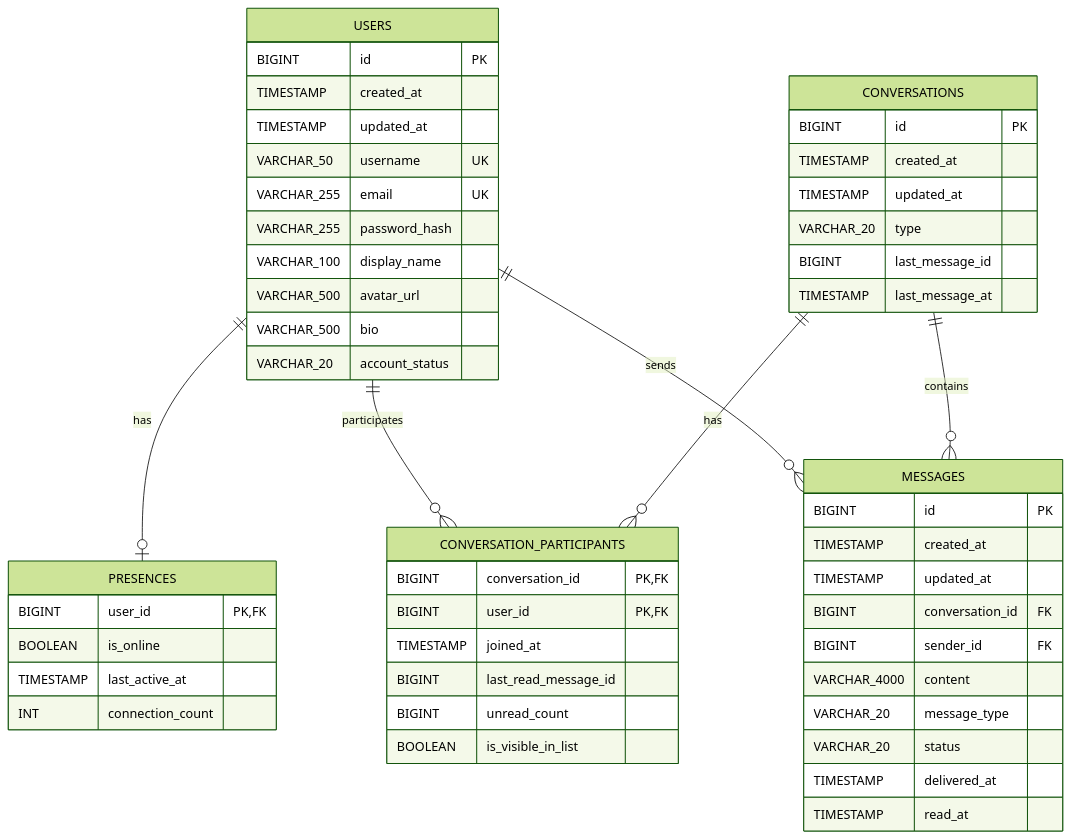
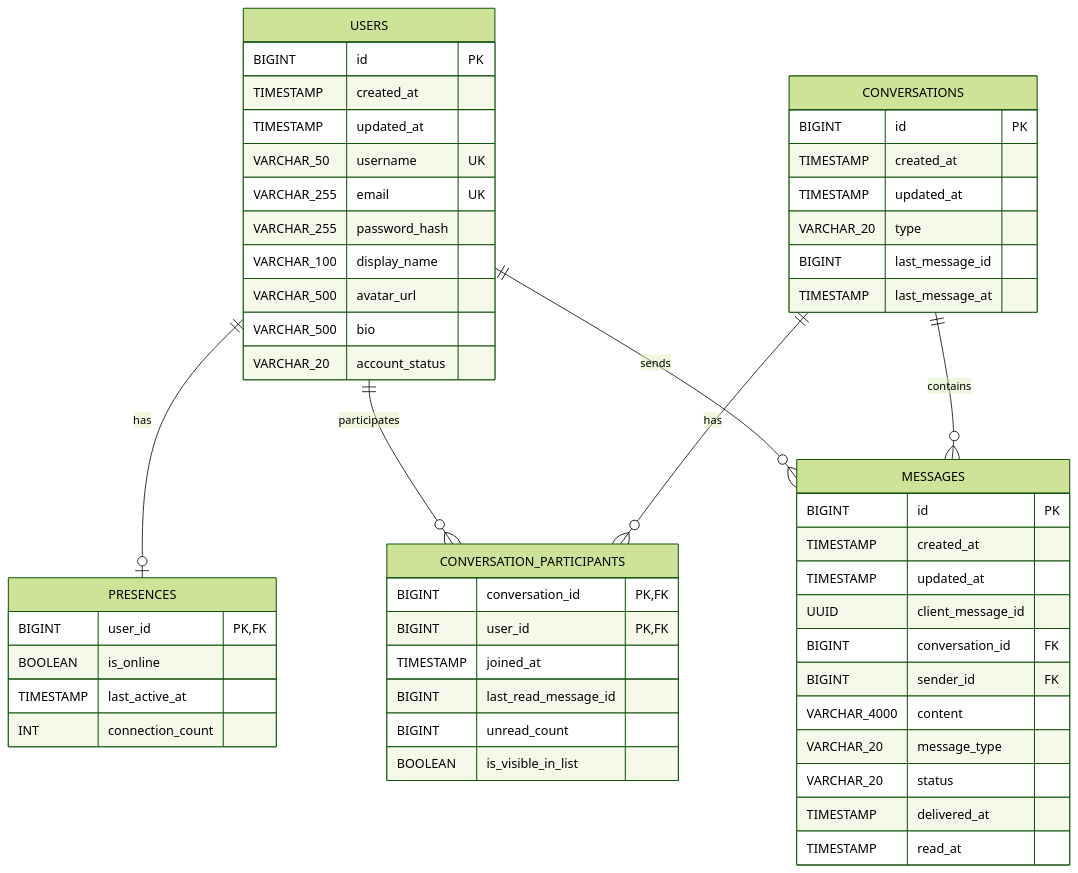
The diagram in backend/docs/database-erd.md (hcyk268/pulse-chat), drawn with Mermaid (forest theme) before and after one commit. The commit also changed other lines of this file and 34 other files, not shown here.

````diff
--- a/backend/docs/database-erd.md
+++ b/backend/docs/database-erd.md
@@ -5,59 +5,60 @@
 ```mermaid
 erDiagram
     USERS {
         BIGINT id PK
         TIMESTAMP created_at
         TIMESTAMP updated_at
         VARCHAR_50 username UK
         VARCHAR_255 email UK
         VARCHAR_255 password_hash
         VARCHAR_100 display_name
         VARCHAR_500 avatar_url
         VARCHAR_500 bio
         VARCHAR_20 account_status
     }
 
     PRESENCES {
         BIGINT user_id PK,FK
         BOOLEAN is_online
         TIMESTAMP last_active_at
         INT connection_count
     }
 
     CONVERSATIONS {
         BIGINT id PK
         TIMESTAMP created_at
         TIMESTAMP updated_at
         VARCHAR_20 type
         BIGINT last_message_id
         TIMESTAMP last_message_at
     }
 
     CONVERSATION_PARTICIPANTS {
         BIGINT conversation_id PK,FK
         BIGINT user_id PK,FK
         TIMESTAMP joined_at
         BIGINT last_read_message_id
         BIGINT unread_count
         BOOLEAN is_visible_in_list
     }
 
     MESSAGES {
         BIGINT id PK
         TIMESTAMP created_at
         TIMESTAMP updated_at
+        UUID client_message_id
         BIGINT conversation_id FK
         BIGINT sender_id FK
         VARCHAR_4000 content
         VARCHAR_20 message_type
         VARCHAR_20 status
         TIMESTAMP delivered_at
         TIMESTAMP read_at
     }
 
     USERS ||--o| PRESENCES : has
     USERS ||--o{ CONVERSATION_PARTICIPANTS : participates
     CONVERSATIONS ||--o{ CONVERSATION_PARTICIPANTS : has
     USERS ||--o{ MESSAGES : sends
     CONVERSATIONS ||--o{ MESSAGES : contains
 ```
````
